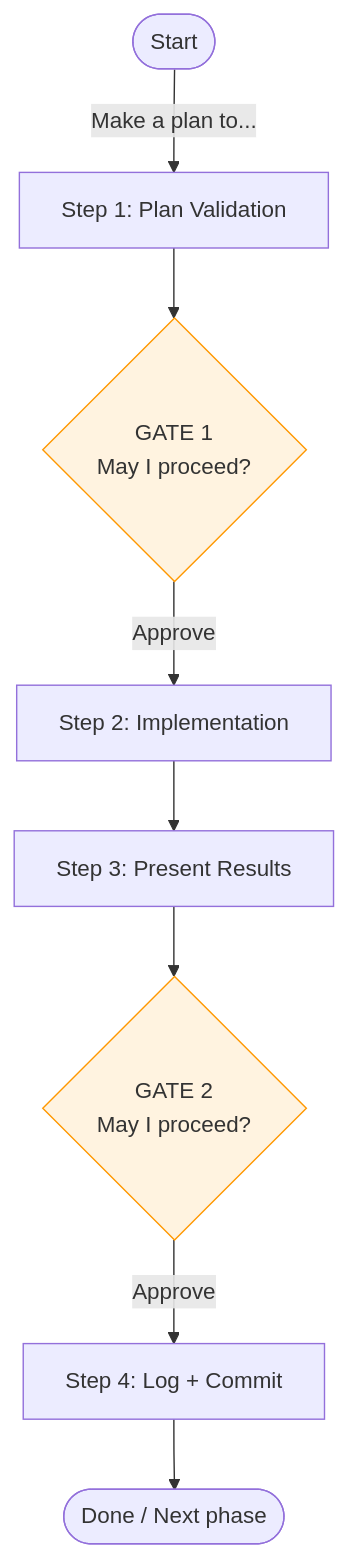
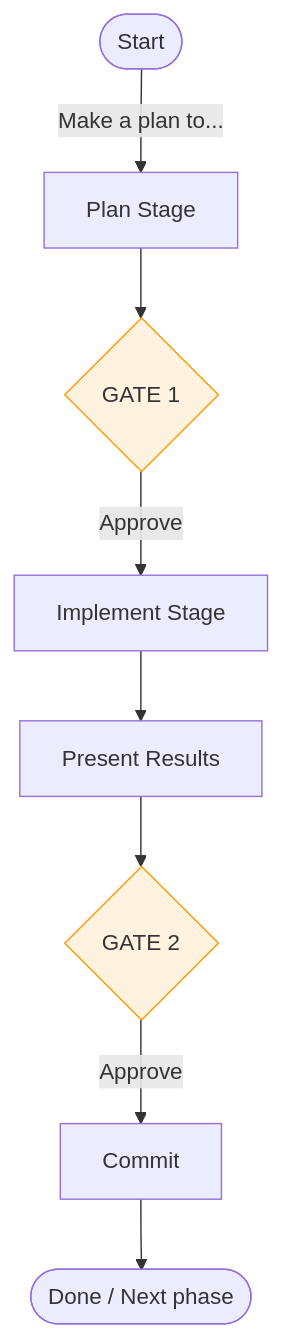
One commit to binaryphile/tandem-protocol changed the second of 2 diagrams in FEATURES.md. Above: the diagram before and after it, drawn with Mermaid. The commit also changed other lines of this file and 36 other files, not shown here.

````diff
--- a/FEATURES.md
+++ b/FEATURES.md
@@ -64,13 +60,13 @@
 ```mermaid
 flowchart TD
-    START(["Start"]) -->|"Make a plan to..."| S1["Step 1: Plan Validation"]
-    S1 --> G1{"GATE 1<br/>May I proceed?"}
-    G1 -->|"Approve"| S2["Step 2: Implementation"]
-    S2 --> S3["Step 3: Present Results"]
-    S3 --> G2{"GATE 2<br/>May I proceed?"}
-    G2 -->|"Approve"| S4["Step 4: Log + Commit"]
-    S4 --> DONE(["Done / Next phase"])
+    START(["Start"]) -->|"Make a plan to..."| PLAN["Plan Stage"]
+    PLAN --> G1{"GATE 1"}
+    G1 -->|"Approve"| IMPL["Implement Stage"]
+    IMPL --> PRESENT["Present Results"]
+    PRESENT --> G2{"GATE 2"}
+    G2 -->|"Approve"| COMMIT["Commit"]
+    COMMIT --> DONE(["Done / Next phase"])
 
     style G1 fill:#fff3e0,stroke:#ff9800
     style G2 fill:#fff3e0,stroke:#ff9800
 ```
````
